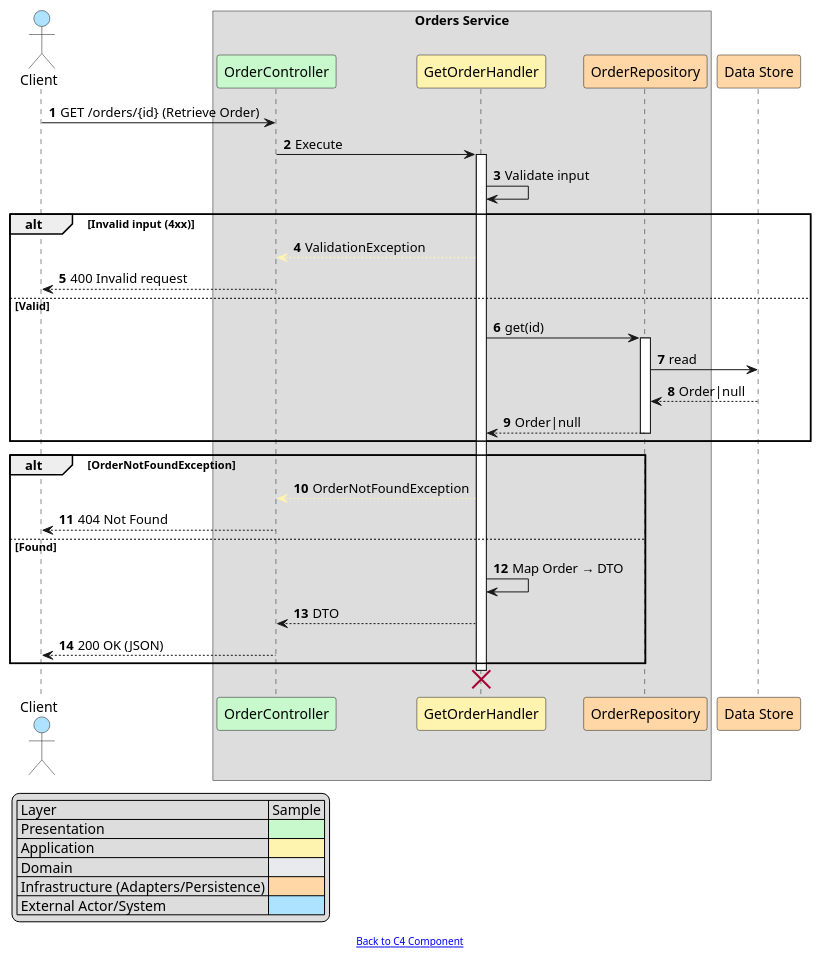
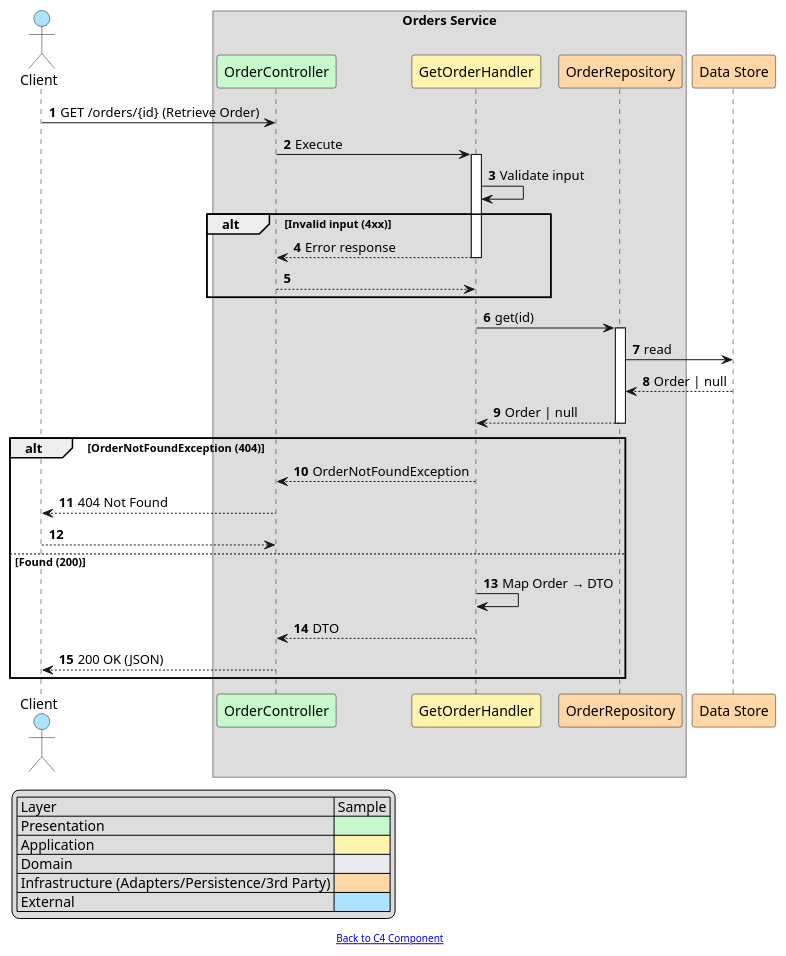
One commit to mundiir/meetup-2025-orders-service changed the diagram in docs/sequence-get-order.puml. Above: the diagram before and after it, drawn with PlantUML. The commit also changed 7 other files, not shown here.

```diff
--- a/docs/sequence-get-order.puml
+++ b/docs/sequence-get-order.puml
@@ -1,53 +1,55 @@
 @startuml
-' Get Order — Sequence (real code names; repository + data store + domain exception mapping)
+' Get Order — Sequence (real code names; ports + two-hop; colored legend)
 autonumber
 
 actor Client #AEE3FF
 
 box "Orders Service" #DDDDDD
   participant OrderController #C7F9CC
   participant GetOrderHandler #FFF3B0
   participant OrderRepository #FFD6A5
 end box
 
 participant "Data Store" as DataStore #FFD6A5
 
 Client -> OrderController: GET /orders/{id} (Retrieve Order)
 OrderController -> GetOrderHandler: Execute
 activate GetOrderHandler
 
 GetOrderHandler -> GetOrderHandler: Validate input
 alt Invalid input (4xx)
-  GetOrderHandler -[#FFF3B0]-> OrderController: ValidationException
-  OrderController --> Client: 400 Invalid request
-else Valid
-  GetOrderHandler -> OrderRepository: get(id)
-  activate OrderRepository
-  OrderRepository -> DataStore: read
-  DataStore --> OrderRepository: Order|null
-  OrderRepository --> GetOrderHandler: Order|null
-  deactivate OrderRepository
+  GetOrderHandler --> OrderController: Error response
+  deactivate GetOrderHandler
+  return
 end
 
-alt OrderNotFoundException
-  GetOrderHandler -[#FFF3B0]-> OrderController: OrderNotFoundException
+GetOrderHandler -> OrderRepository: get(id)
+activate OrderRepository
+OrderRepository -> DataStore: read
+DataStore --> OrderRepository: Order | null
+OrderRepository --> GetOrderHandler: Order | null
+deactivate OrderRepository
+
+alt OrderNotFoundException (404)
+  GetOrderHandler --> OrderController: OrderNotFoundException
+  deactivate GetOrderHandler
   OrderController --> Client: 404 Not Found
-else Found
+  return
+else Found (200)
   GetOrderHandler -> GetOrderHandler: Map Order → DTO
   GetOrderHandler --> OrderController: DTO
+  deactivate GetOrderHandler
   OrderController --> Client: 200 OK (JSON)
 end
-
-destroy GetOrderHandler
 
 legend left
   | Layer | Sample |
   | Presentation | <#C7F9CC> |
   | Application | <#FFF3B0> |
   | Domain | <#E8EAED> |
-  | Infrastructure (Adapters/Persistence) | <#FFD6A5> |
-  | External Actor/System | <#AEE3FF> |
+  | Infrastructure (Adapters/Persistence/3rd Party) | <#FFD6A5> |
+  | External | <#AEE3FF> |
 endlegend
 
 footer [[https://mundiir.github.io/meetup-2025-orders-service/c4-component.svg Back to C4 Component]]
 @enduml
```
